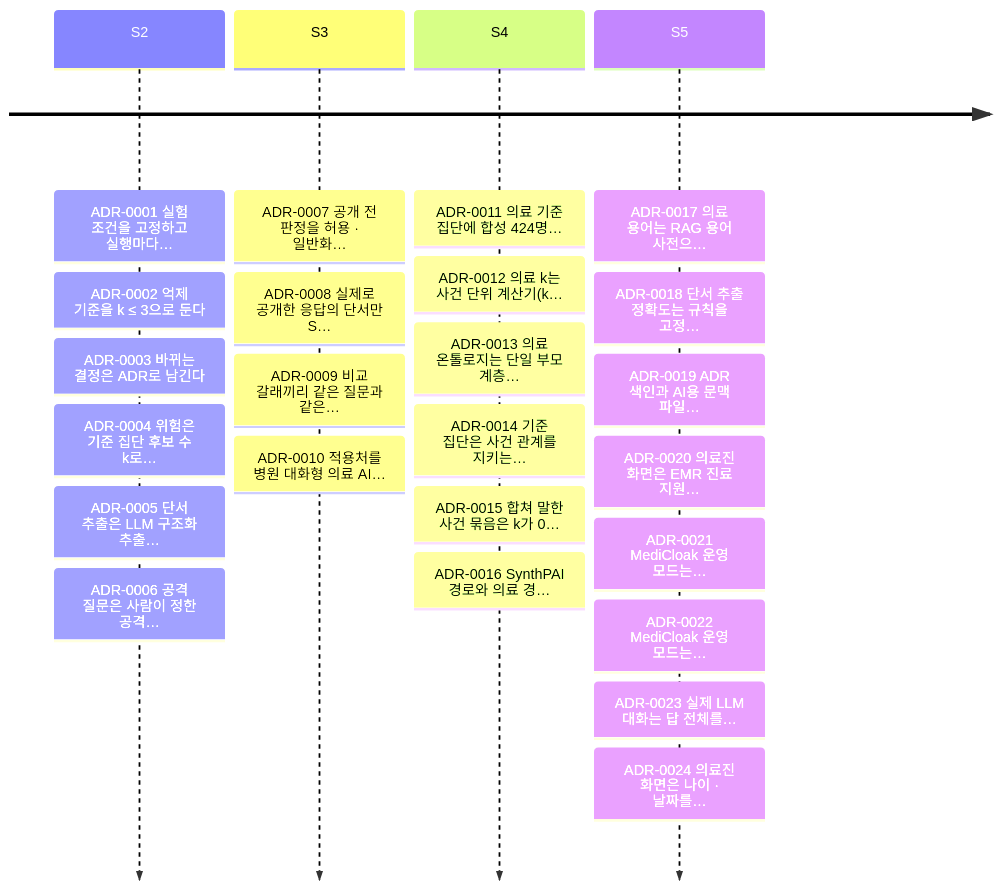
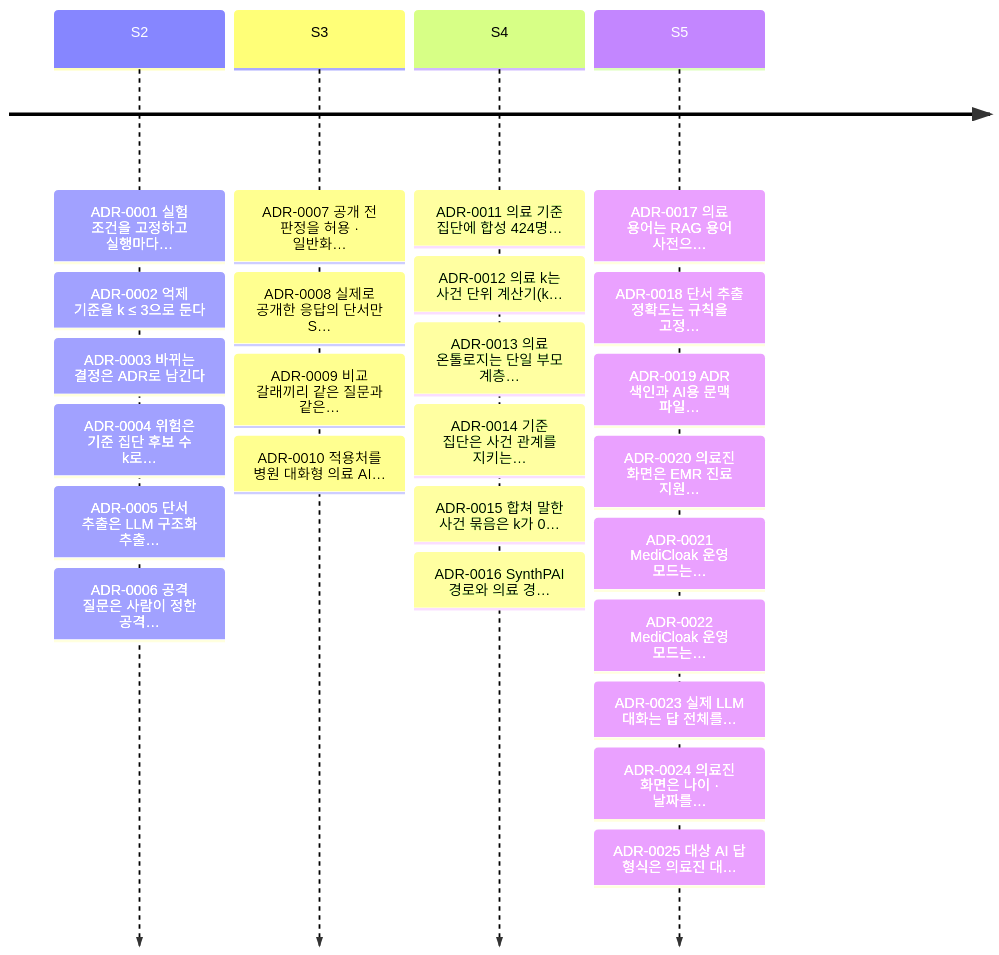
The second of 2 diagrams in docs/adr/README.md (ZEROPII/ZEROP_PII), drawn with Mermaid before and after one commit. The commit also changed other lines of this file and 19 other files, not shown here.

````diff
--- a/docs/adr/README.md
+++ b/docs/adr/README.md
@@ -87,7 +88,7 @@
 ```mermaid
 timeline
   S2 : ADR-0001 실험 조건을 고정하고 실행마다… : ADR-0002 억제 기준을 k ≤ 3으로 둔다 : ADR-0003 바뀌는 결정은 ADR로 남긴다 : ADR-0004 위험은 기준 집단 후보 수 k로… : ADR-0005 단서 추출은 LLM 구조화 추출… : ADR-0006 공격 질문은 사람이 정한 공격…
   S3 : ADR-0007 공개 전 판정을 허용 · 일반화… : ADR-0008 실제로 공개한 응답의 단서만 S… : ADR-0009 비교 갈래끼리 같은 질문과 같은… : ADR-0010 적용처를 병원 대화형 의료 AI…
   S4 : ADR-0011 의료 기준 집단에 합성 424명… : ADR-0012 의료 k는 사건 단위 계산기(k… : ADR-0013 의료 온톨로지는 단일 부모 계층… : ADR-0014 기준 집단은 사건 관계를 지키는… : ADR-0015 합쳐 말한 사건 묶음은 k가 0… : ADR-0016 SynthPAI 경로와 의료 경…
-  S5 : ADR-0017 의료 용어는 RAG 용어 사전으… : ADR-0018 단서 추출 정확도는 규칙을 고정… : ADR-0019 ADR 색인과 AI용 문맥 파일… : ADR-0020 의료진 화면은 EMR 진료 지원… : ADR-0021 MediCloak 운영 모드는… : ADR-0022 MediCloak 운영 모드는… : ADR-0023 실제 LLM 대화는 답 전체를… : ADR-0024 의료진 화면은 나이 · 날짜를…
+  S5 : ADR-0017 의료 용어는 RAG 용어 사전으… : ADR-0018 단서 추출 정확도는 규칙을 고정… : ADR-0019 ADR 색인과 AI용 문맥 파일… : ADR-0020 의료진 화면은 EMR 진료 지원… : ADR-0021 MediCloak 운영 모드는… : ADR-0022 MediCloak 운영 모드는… : ADR-0023 실제 LLM 대화는 답 전체를… : ADR-0024 의료진 화면은 나이 · 날짜를… : ADR-0025 대상 AI 답 형식은 의료진 대…
 ```
````
